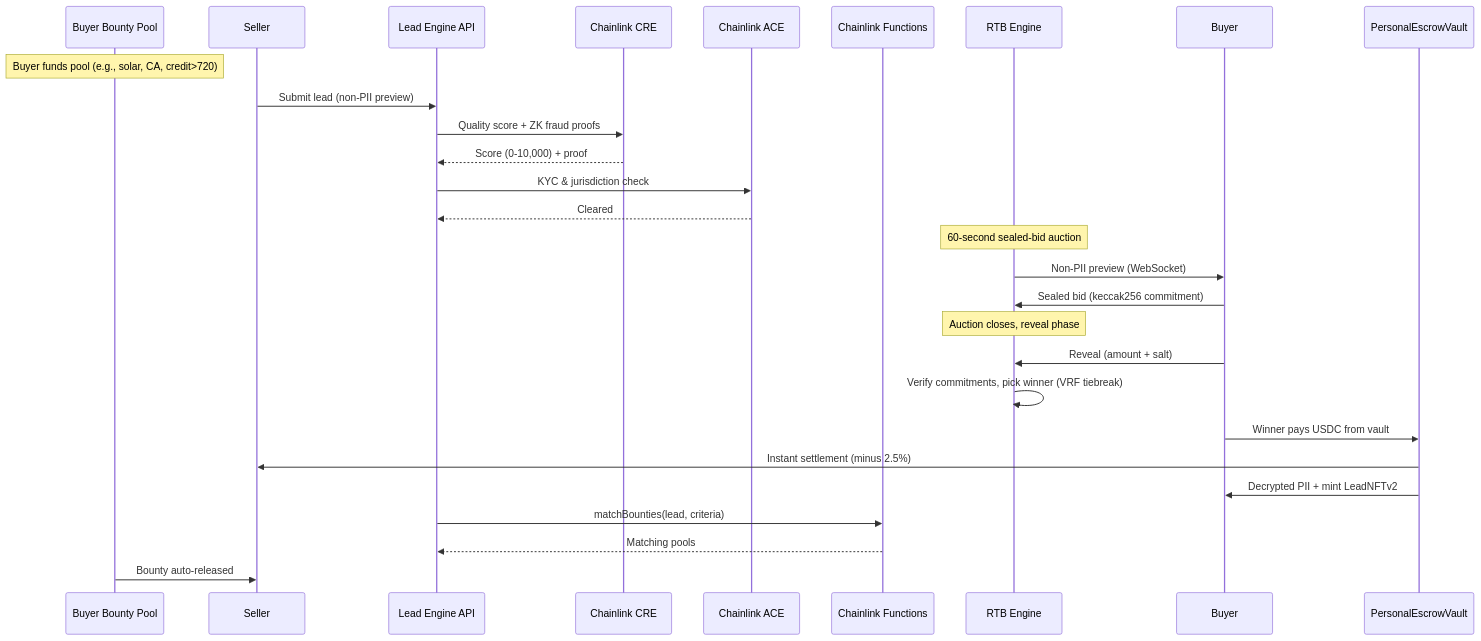
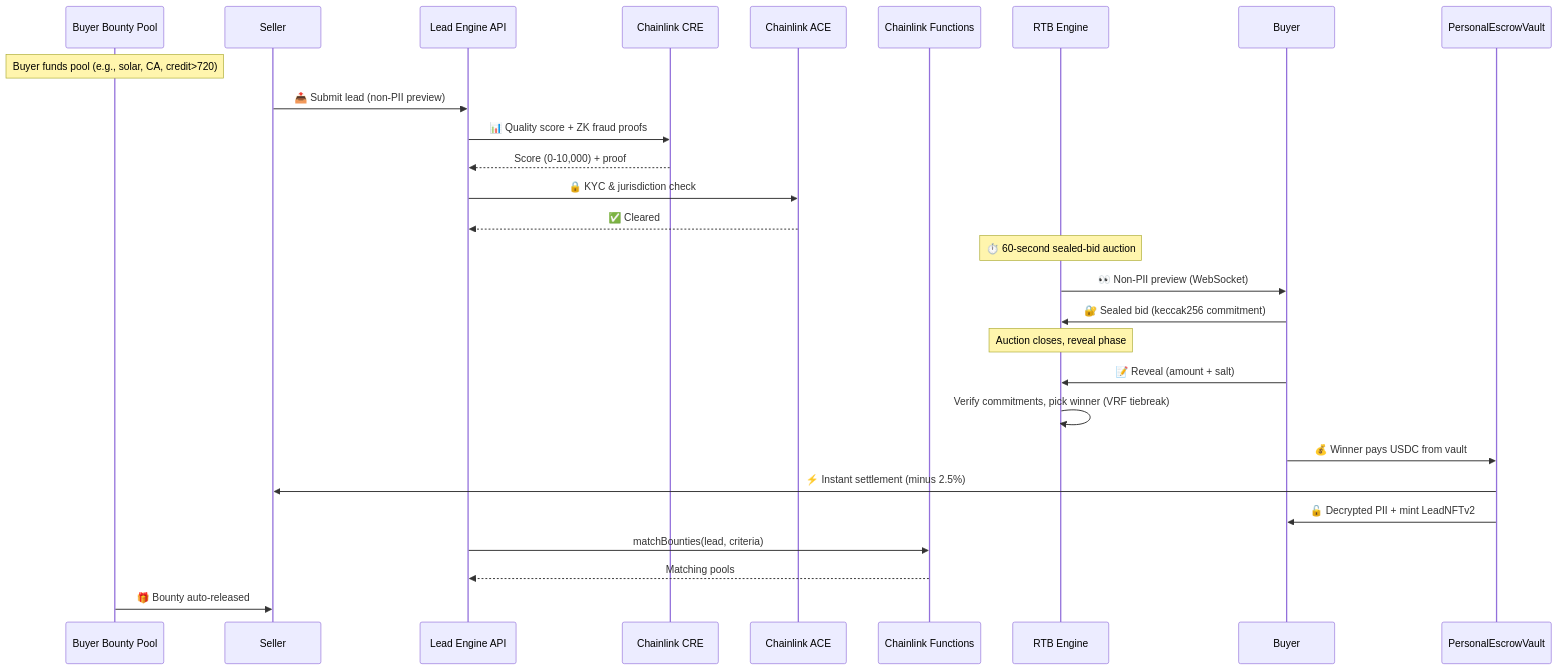
The first of 2 diagrams in README.md (bnmbnmai/lead-engine-cre), drawn with Mermaid before and after one commit.

Commit message:
docs: add emojis to sequence diagram labels

````diff
--- a/README.md
+++ b/README.md
@@ -112,38 +112,38 @@
 ```mermaid
 sequenceDiagram
     participant BP as Buyer Bounty Pool
     participant S as Seller
     participant API as Lead Engine API
     participant CRE as Chainlink CRE
     participant ACE as Chainlink ACE
     participant FN as Chainlink Functions
     participant RTB as RTB Engine
     participant B as Buyer
     participant X as PersonalEscrowVault
 
     Note over BP: Buyer funds pool (e.g., solar, CA, credit>720)
 
-    S->>API: Submit lead (non-PII preview)
-    API->>CRE: Quality score + ZK fraud proofs
+    S->>API: 📤 Submit lead (non-PII preview)
+    API->>CRE: 📊 Quality score + ZK fraud proofs
     CRE-->>API: Score (0-10,000) + proof
-    API->>ACE: KYC & jurisdiction check
-    ACE-->>API: Cleared
+    API->>ACE: 🔒 KYC & jurisdiction check
+    ACE-->>API: ✅ Cleared
 
-    Note over RTB: 60-second sealed-bid auction
+    Note over RTB: ⏱️ 60-second sealed-bid auction
 
-    RTB->>B: Non-PII preview (WebSocket)
-    B->>RTB: Sealed bid (keccak256 commitment)
+    RTB->>B: 👀 Non-PII preview (WebSocket)
+    B->>RTB: 🔐 Sealed bid (keccak256 commitment)
 
     Note over RTB: Auction closes, reveal phase
 
-    B->>RTB: Reveal (amount + salt)
+    B->>RTB: 📝 Reveal (amount + salt)
     RTB->>RTB: Verify commitments, pick winner (VRF tiebreak)
 
-    B->>X: Winner pays USDC from vault
-    X->>S: Instant settlement (minus 2.5%)
-    X->>B: Decrypted PII + mint LeadNFTv2
+    B->>X: 💰 Winner pays USDC from vault
+    X->>S: ⚡ Instant settlement (minus 2.5%)
+    X->>B: 🔓 Decrypted PII + mint LeadNFTv2
 
     API->>FN: matchBounties(lead, criteria)
     FN-->>API: Matching pools
-    BP->>S: Bounty auto-released
+    BP->>S: 🎁 Bounty auto-released
 ```
````
